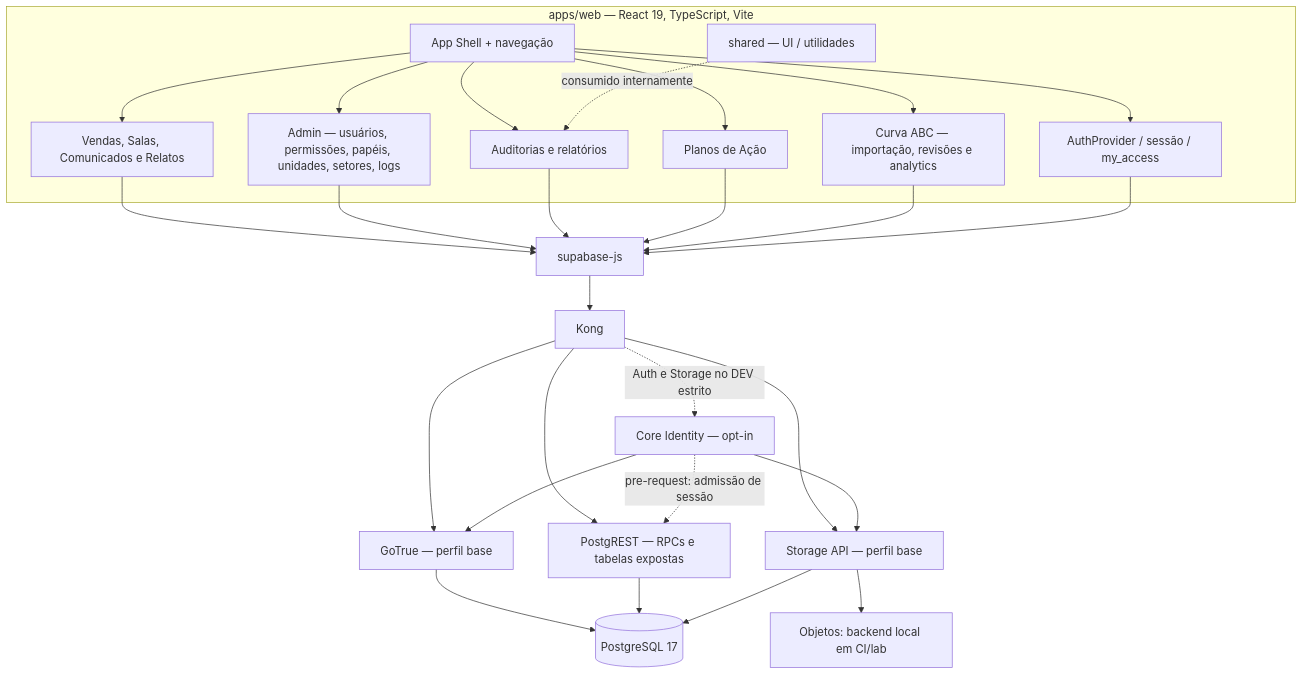
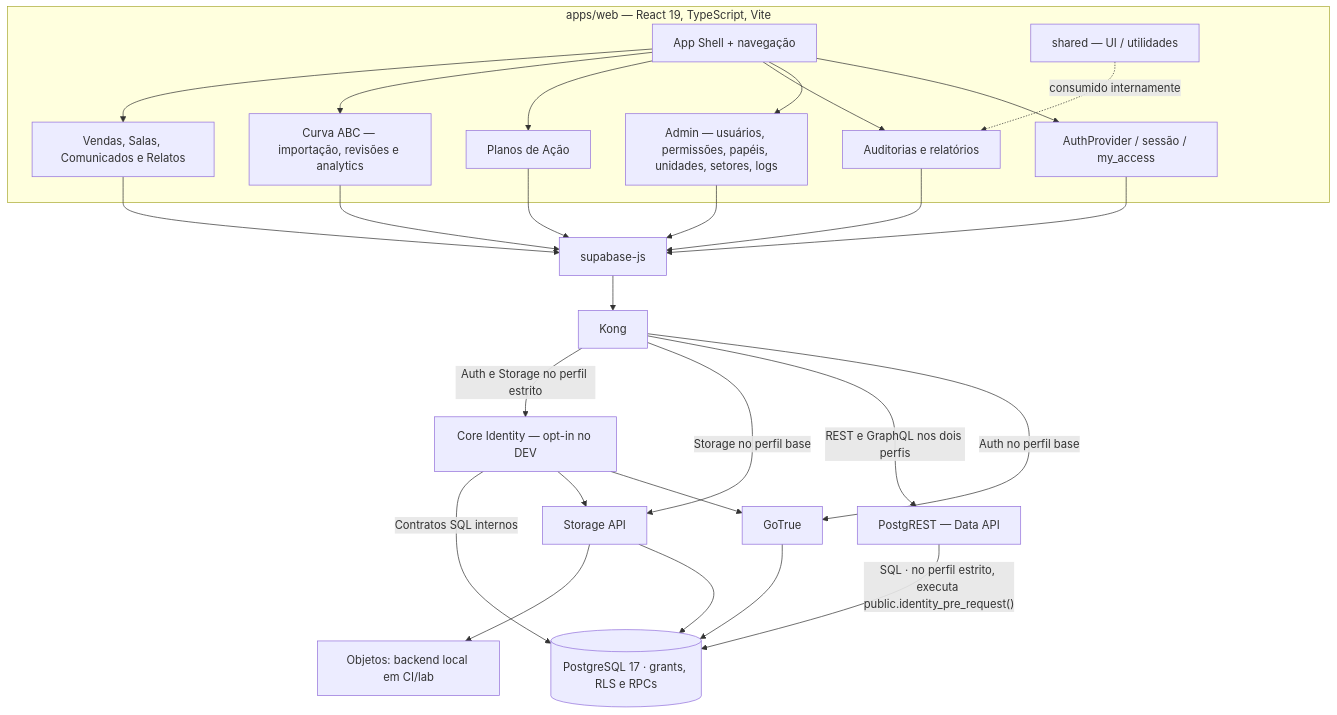
The third of 8 diagrams in docs/architecture/DIAGRAMS.md (The-Vonky/Gaucha-Gestao), drawn with Mermaid before and after one commit. The commit also changed other lines of this file and 3 other files, not shown here.

```diff
--- a/docs/architecture/DIAGRAMS.md
+++ b/docs/architecture/DIAGRAMS.md
@@ -54,38 +54,38 @@
 ~~~mermaid
 flowchart TB
   subgraph WEB["apps/web — React 19, TypeScript, Vite"]
     SHELL["App Shell + navegação"]
     AUTHUI["AuthProvider / sessão / my_access"]
     COREUI["Admin — usuários, permissões, papéis, unidades, setores, logs"]
     AUDITUI["Auditorias e relatórios"]
     PLANSUI["Planos de Ação"]
     ABCUI["Curva ABC — importação, revisões e analytics"]
     OTHER["Vendas, Salas, Comunicados e Relatos"]
     SHARED["shared — UI / utilidades"]
   end
   SHELL --> AUTHUI
   SHELL --> COREUI
   SHELL --> AUDITUI
   SHELL --> PLANSUI
   SHELL --> ABCUI
   SHELL --> OTHER
   OTHER --> API
   COREUI --> API["supabase-js"]
   AUDITUI --> API
   PLANSUI --> API
   ABCUI --> API
   AUTHUI --> API
   SHARED -. "consumido internamente" .-> AUDITUI
   API --> KONG["Kong"]
-  KONG --> AUTH["GoTrue — perfil base"]
-  KONG --> REST["PostgREST — RPCs e tabelas expostas"]
-  KONG --> STORAGE["Storage API — perfil base"]
-  KONG -. "Auth e Storage no DEV estrito" .-> ID["Core Identity — opt-in"]
+  KONG -->|"Auth no perfil base"| AUTH["GoTrue"]
+  KONG -->|"REST e GraphQL nos dois perfis"| REST["PostgREST — Data API"]
+  KONG -->|"Storage no perfil base"| STORAGE["Storage API"]
+  KONG -->|"Auth e Storage no perfil estrito"| ID["Core Identity — opt-in no DEV"]
   ID --> AUTH
   ID --> STORAGE
-  ID -. "pre-request: admissão de sessão" .-> REST
-  AUTH --> DB[("PostgreSQL 17")]
-  REST --> DB
+  ID -->|"Contratos SQL internos"| DB[("PostgreSQL 17 · grants, RLS e RPCs")]
+  AUTH --> DB
+  REST -->|"SQL · no perfil estrito, executa public.identity_pre_request()"| DB
   STORAGE --> DB
   STORAGE --> OBJ["Objetos: backend local em CI/lab"]
 ~~~
```
